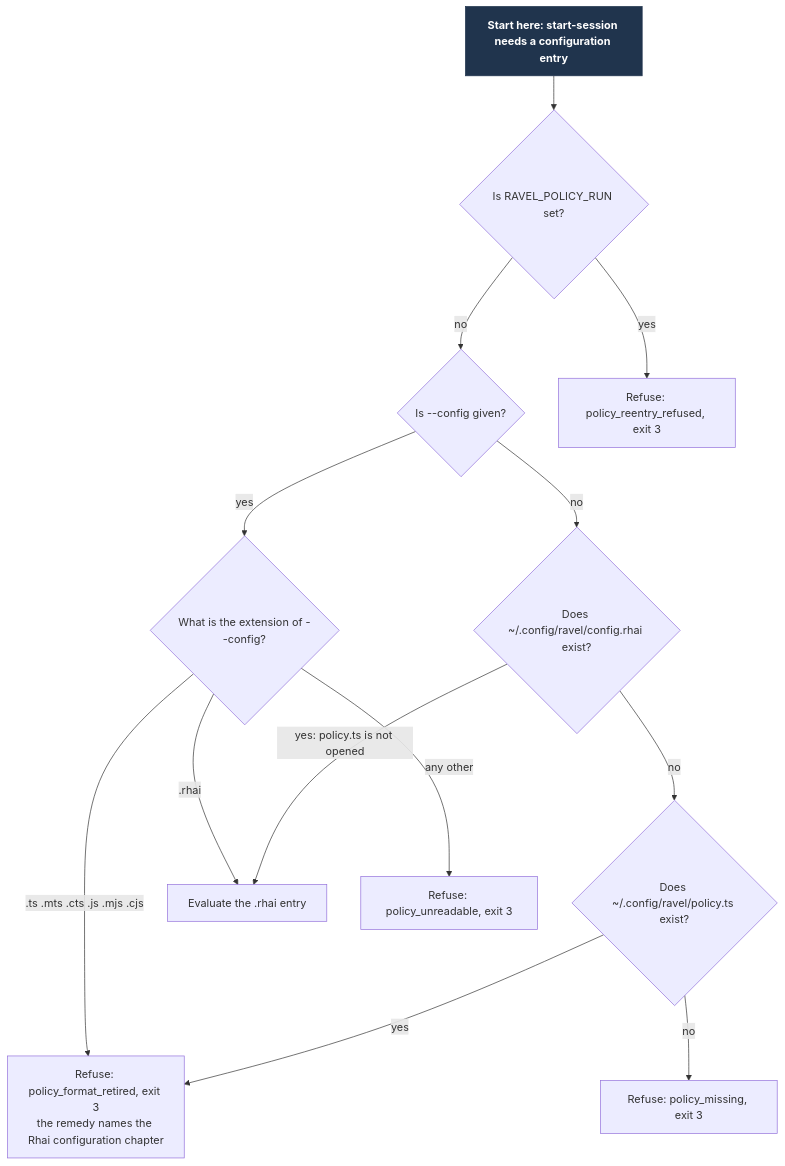
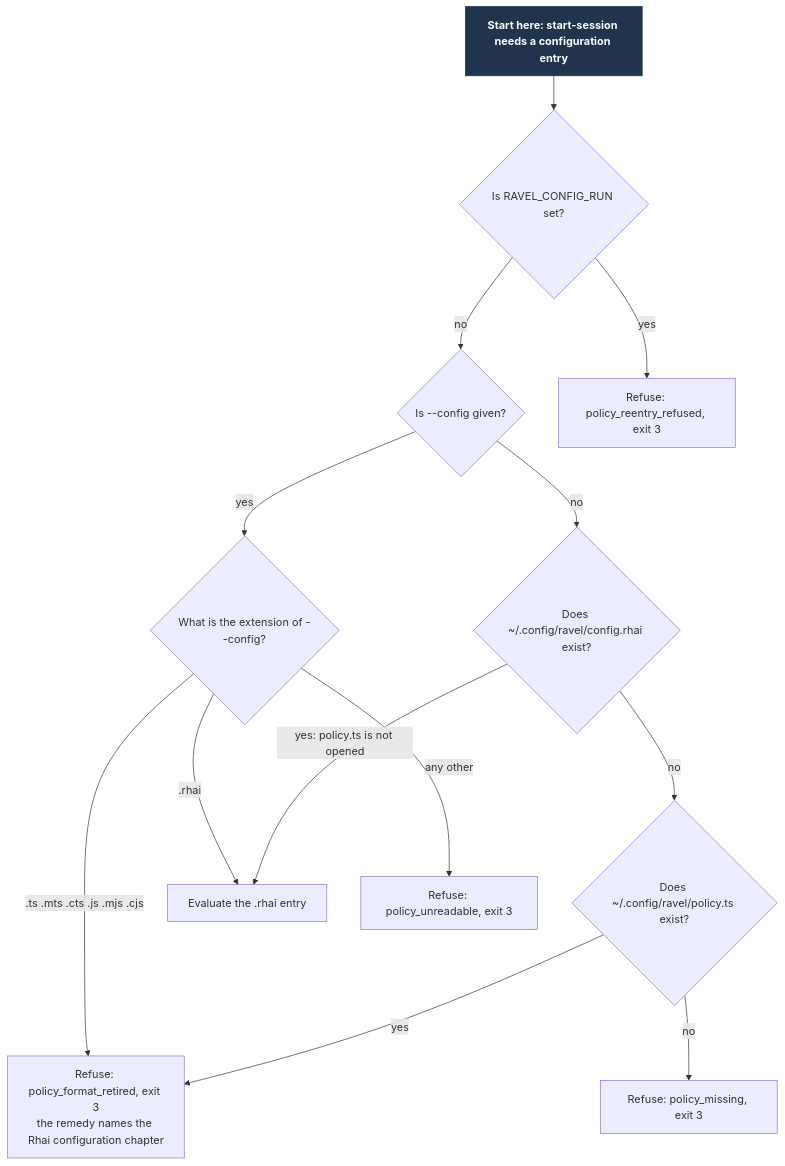
Before and after one commit to Linkuistics/Ravel: the diagram in docs/design/rhai-policy/entry-precedence.mmd, drawn with Mermaid. The commit also changed 28 other files, not shown here.

```diff
--- a/docs/design/rhai-policy/entry-precedence.mmd
+++ b/docs/design/rhai-policy/entry-precedence.mmd
@@ -1,26 +1,26 @@
 flowchart TD
   start["Start here: start-session needs a configuration entry"]
-  reentry{"Is RAVEL_POLICY_RUN set?"}
+  reentry{"Is RAVEL_CONFIG_RUN set?"}
   config{"Is --config given?"}
   ext{"What is the extension of --config?"}
   rhai{"Does ~/.config/ravel/config.rhai exist?"}
   ts{"Does ~/.config/ravel/policy.ts exist?"}
   eval["Evaluate the .rhai entry"]
   retired["Refuse: policy_format_retired, exit 3<br/>the remedy names the Rhai configuration chapter"]
   missing["Refuse: policy_missing, exit 3"]
   unreadable["Refuse: policy_unreadable, exit 3"]
   reent["Refuse: policy_reentry_refused, exit 3"]
   start --> reentry
   reentry -->|yes| reent
   reentry -->|no| config
   config -->|yes| ext
   ext -->|".rhai"| eval
   ext -->|".ts .mts .cts .js .mjs .cjs"| retired
   ext -->|"any other"| unreadable
   config -->|no| rhai
   rhai -->|"yes: policy.ts is not opened"| eval
   rhai -->|no| ts
   ts -->|yes| retired
   ts -->|no| missing
   classDef start fill:#20344d,color:#fff,stroke:#20344d,font-weight:bold
   class start start
```
